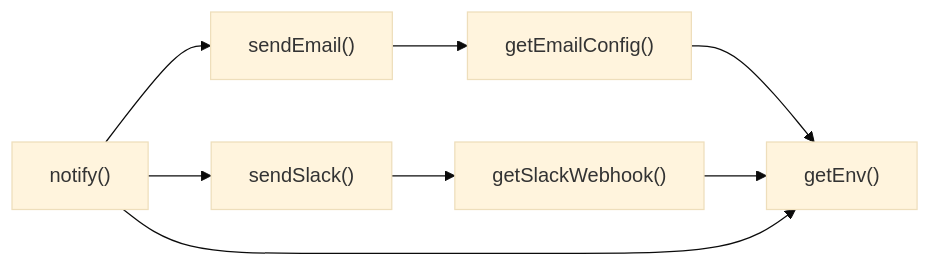
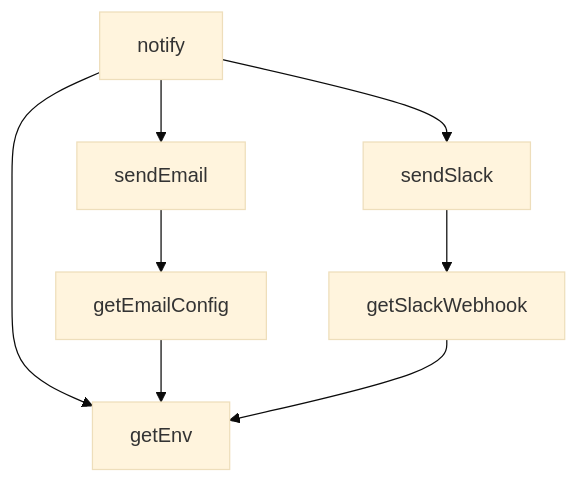
One commit to peckop/venthub-hvac-esite changed the diagram in supabase/functions/_shared/notify.md. Above: the diagram before and after it, drawn with Mermaid (base theme). The commit also changed other lines of this file and 488 other files, not shown here.

````diff
--- a/supabase/functions/_shared/notify.md
+++ b/supabase/functions/_shared/notify.md
@@ -162,10 +181,16 @@
 ```mermaid
-graph LR
-    getEmailConfig["getEmailConfig()"] --> getEnv["getEnv()"]
-    getSlackWebhook["getSlackWebhook()"] --> getEnv["getEnv()"]
-    notify["notify()"] --> getEnv["getEnv()"]
-    notify["notify()"] --> sendEmail["sendEmail()"]
-    notify["notify()"] --> sendSlack["sendSlack()"]
-    sendEmail["sendEmail()"] --> getEmailConfig["getEmailConfig()"]
-    sendSlack["sendSlack()"] --> getSlackWebhook["getSlackWebhook()"]
+graph TD
+    notify_ts__getEmailConfig["getEmailConfig"]
+    notify_ts__getEnv["getEnv"]
+    notify_ts__getSlackWebhook["getSlackWebhook"]
+    notify_ts__notify["notify"]
+    notify_ts__sendEmail["sendEmail"]
+    notify_ts__sendSlack["sendSlack"]
+    notify_ts__notify --> notify_ts__sendSlack
+    notify_ts__notify --> notify_ts__getEnv
+    notify_ts__getEmailConfig --> notify_ts__getEnv
+    notify_ts__sendEmail --> notify_ts__getEmailConfig
+    notify_ts__notify --> notify_ts__sendEmail
+    notify_ts__sendSlack --> notify_ts__getSlackWebhook
+    notify_ts__getSlackWebhook --> notify_ts__getEnv
 ```
````
